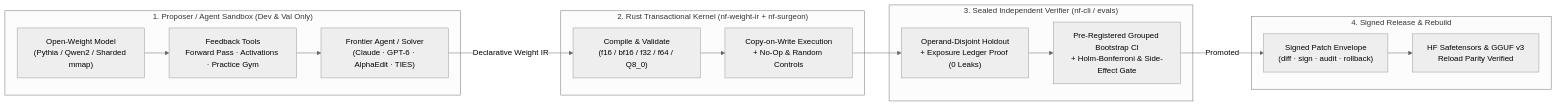
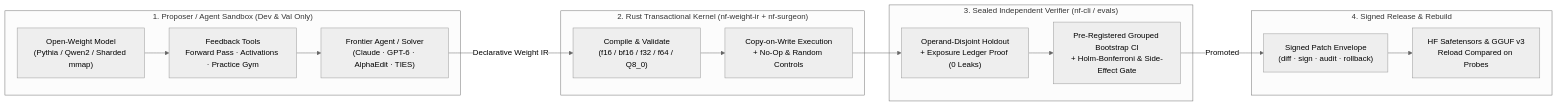
Before and after one commit to ChrisHanna/WeightProgrammingStudio: the diagram in README.md, drawn with Mermaid (neutral theme). The commit also changed other lines of this file and 5 other files, not shown here.

````diff
--- a/README.md
+++ b/README.md
@@ -28,19 +28,19 @@
 ```mermaid
 flowchart LR
     subgraph Proposer["1. Proposer / Agent Sandbox (Dev & Val Only)"]
         A["Open-Weight Model\n(Pythia / Qwen2 / Sharded mmap)"] --> B["Feedback Tools\nForward Pass · Activations · Practice Gym"]
         B --> C["Frontier Agent / Solver\n(Claude · GPT-6 · AlphaEdit · TIES)"]
     end
     subgraph RustCore["2. Rust Transactional Kernel (nf-weight-ir + nf-surgeon)"]
         C -->|"Declarative Weight IR"| D["Compile & Validate\n(f16 / bf16 / f32 / f64 / Q8_0)"]
         D --> E["Copy-on-Write Execution\n+ No-Op & Random Controls"]
     end
     subgraph Verifier["3. Sealed Independent Verifier (nf-cli / evals)"]
         E --> F["Operand-Disjoint Holdout\n+ Exposure Ledger Proof (0 Leaks)"]
         F --> G["Pre-Registered Grouped Bootstrap CI\n+ Holm-Bonferroni & Side-Effect Gate"]
     end
     subgraph Artifact["4. Signed Release & Rebuild"]
         G -->|"Promoted"| H["Signed Patch Envelope\n(diff · sign · audit · rollback)"]
-        H --> I["HF Safetensors & GGUF v3\nReload Parity Verified"]
+        H --> I["HF Safetensors & GGUF v3\nReload Compared on Probes"]
     end
 ```
````
